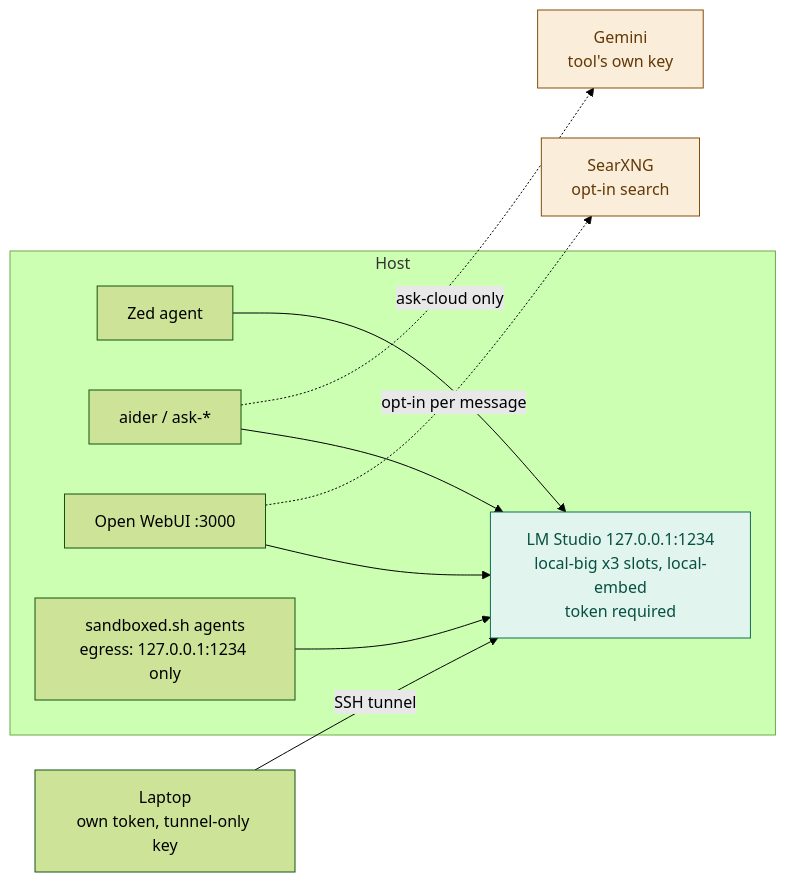
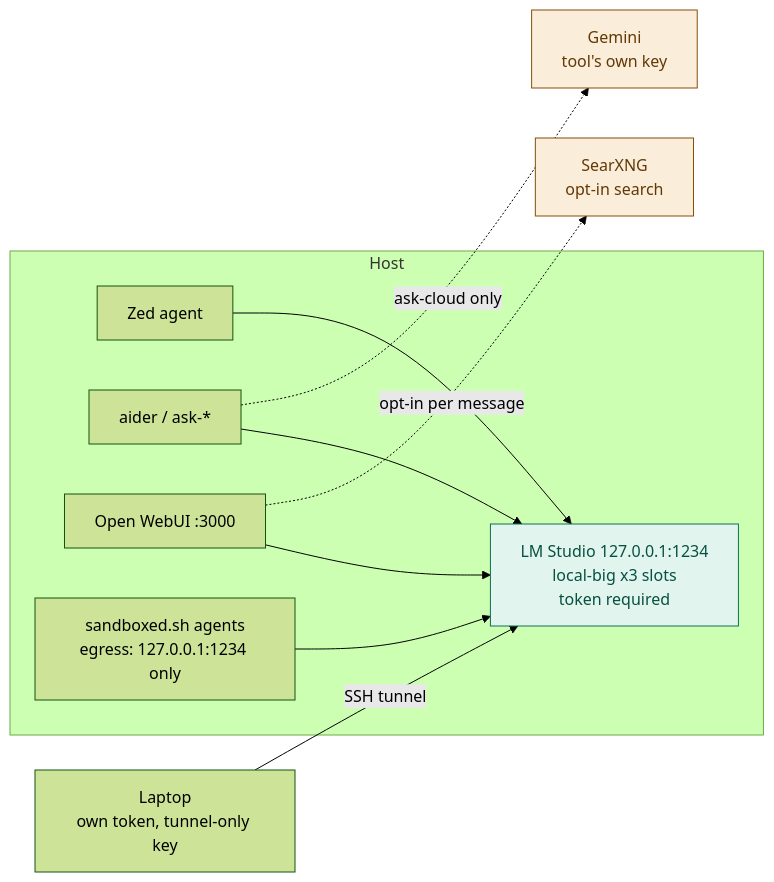
The diagram in README.md (ouster/hearth), drawn with Mermaid (forest theme) before and after one commit. The commit also changed other lines of this file and 14 other files, not shown here.

Commit message:
Drop local-embed; nothing called it but the healthcheck.

````diff
--- a/README.md
+++ b/README.md
@@ -26,26 +26,26 @@
 ```mermaid
 flowchart LR
     subgraph host["Host"]
         zed["Zed agent"]
         aider["aider / ask-*"]
         webui["Open WebUI :3000"]
         sbx["sandboxed.sh agents<br/>egress: 127.0.0.1:1234 only"]
-        lms["LM Studio 127.0.0.1:1234<br/>local-big x3 slots, local-embed<br/>token required"]
+        lms["LM Studio 127.0.0.1:1234<br/>local-big x3 slots<br/>token required"]
     end
     laptop["Laptop<br/>own token, tunnel-only key"]
     cloud["Gemini<br/>tool's own key"]
     searx["SearXNG<br/>opt-in search"]
 
     zed --> lms
     aider --> lms
     webui --> lms
     sbx --> lms
     laptop -->|"SSH tunnel"| lms
     aider -.->|"ask-cloud only"| cloud
     webui -.->|"opt-in per message"| searx
 
     classDef localCls fill:#E1F5EE,stroke:#0F6E56,color:#085041
     classDef leaveCls fill:#FAEEDA,stroke:#854F0B,color:#633806
     class lms localCls
     class cloud,searx leaveCls
 ```
````
